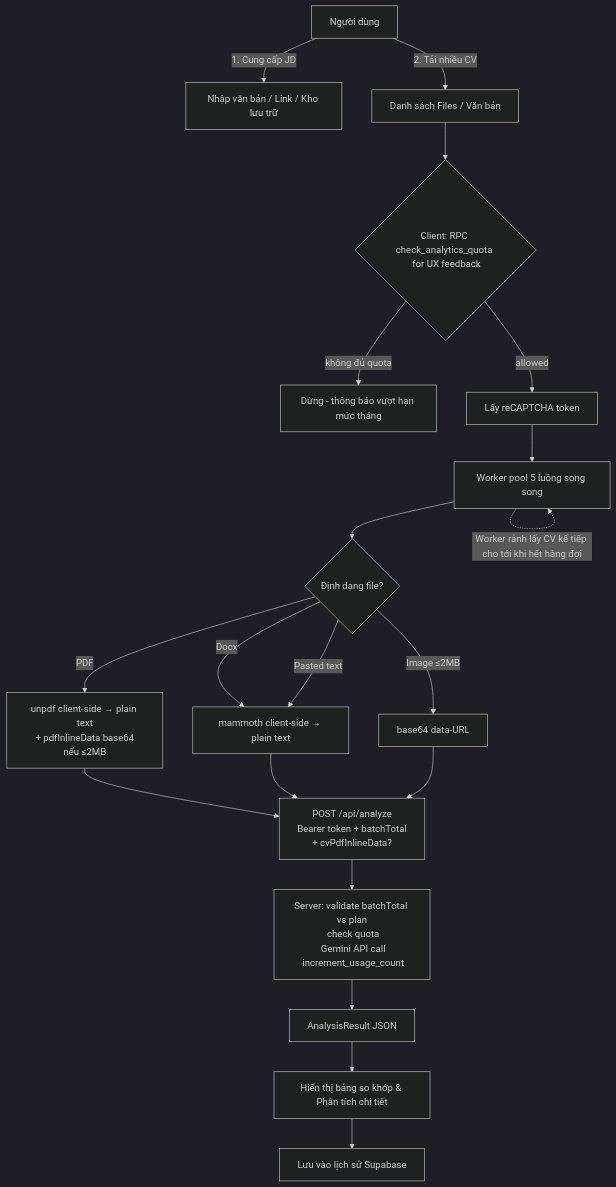
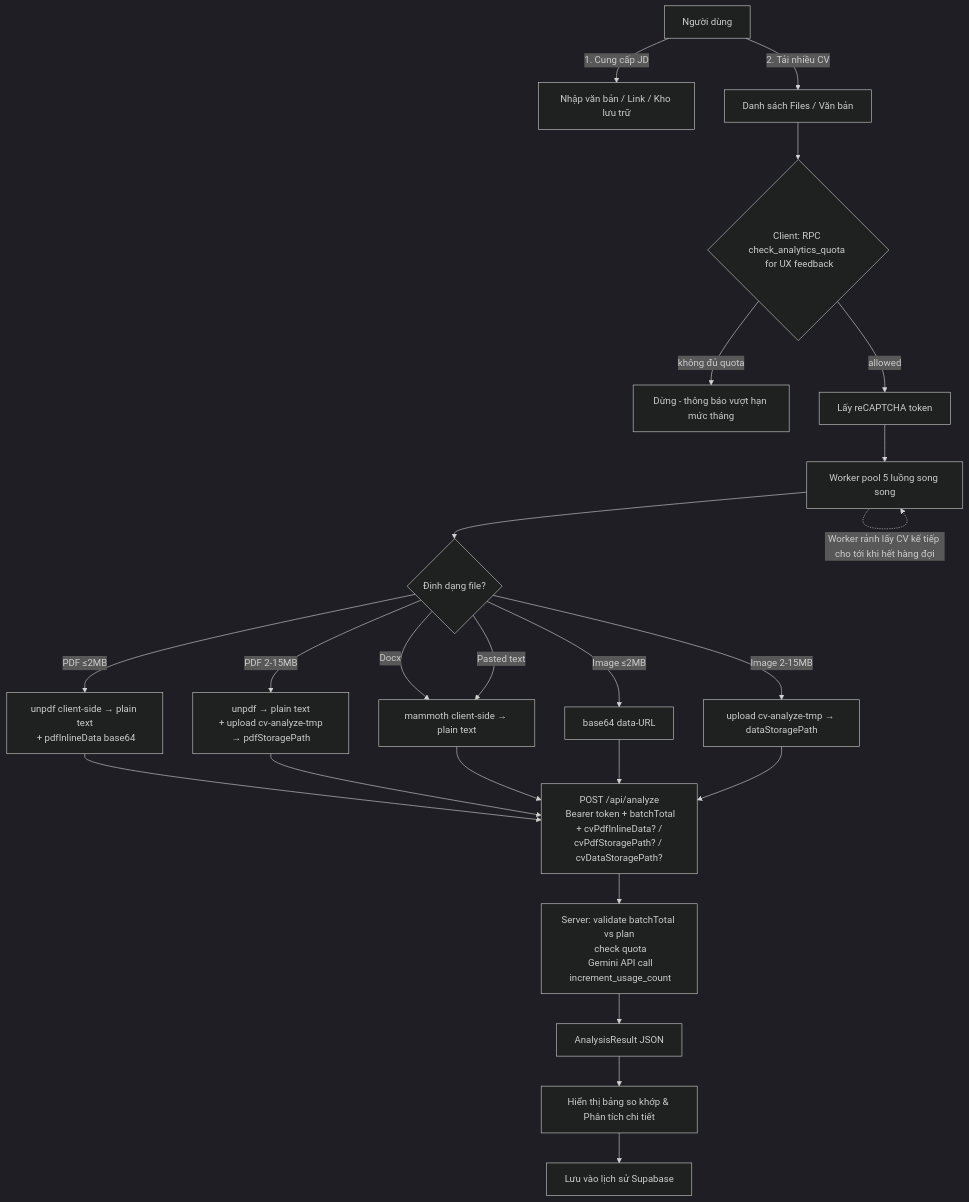
Before and after one commit to nghiepnguyen/CVCompareTN: the first of 2 diagrams in docs/6_workflow.md, drawn with Mermaid (dark theme). The commit also changed other lines of this file and 19 other files, not shown here.

First line of the commit message:
feat: upload CV files 2-15MB to Supabase Storage instead of inlining base64

````diff
--- a/docs/6_workflow.md
+++ b/docs/6_workflow.md
@@ -7,22 +7,26 @@
 ```mermaid
 graph TD
     A[Người dùng] -->|1. Cung cấp JD| B[Nhập văn bản / Link / Kho lưu trữ]
     A -->|2. Tải nhiều CV| C[Danh sách Files / Văn bản]
     C --> Q{Client: RPC check_analytics_quota \n for UX feedback}
     Q -->|không đủ quota| X[Dừng - thông báo vượt hạn mức tháng]
     Q -->|allowed| R[Lấy reCAPTCHA token]
     R --> D[Worker pool 5 luồng song song]
     D --> E{Định dạng file?}
-    E -->|PDF| P[unpdf client-side → plain text\n + pdfInlineData base64 nếu ≤2MB]
+    E -->|PDF ≤2MB| P[unpdf client-side → plain text\n + pdfInlineData base64]
+    E -->|PDF 2-15MB| PS[unpdf → plain text\n + upload cv-analyze-tmp → pdfStoragePath]
     E -->|Docx| F[mammoth client-side → plain text]
     E -->|Image ≤2MB| IMG[base64 data-URL]
+    E -->|Image 2-15MB| IMGS[upload cv-analyze-tmp → dataStoragePath]
     E -->|Pasted text| F
-    P --> API[POST /api/analyze\n Bearer token + batchTotal\n + cvPdfInlineData?]
+    P --> API[POST /api/analyze\n Bearer token + batchTotal\n + cvPdfInlineData? / cvPdfStoragePath? / cvDataStoragePath?]
+    PS --> API
     F --> API
     IMG --> API
+    IMGS --> API
     API --> SRV[Server: validate batchTotal vs plan\n check quota\n Gemini API call\n increment_usage_count]
     SRV --> J[AnalysisResult JSON]
     J --> K[Hiển thị bảng so khớp & Phân tích chi tiết]
     K --> L[Lưu vào lịch sử Supabase]
     D -.->|Worker rảnh lấy CV kế tiếp cho tới khi hết hàng đợi| D
 ```
````
